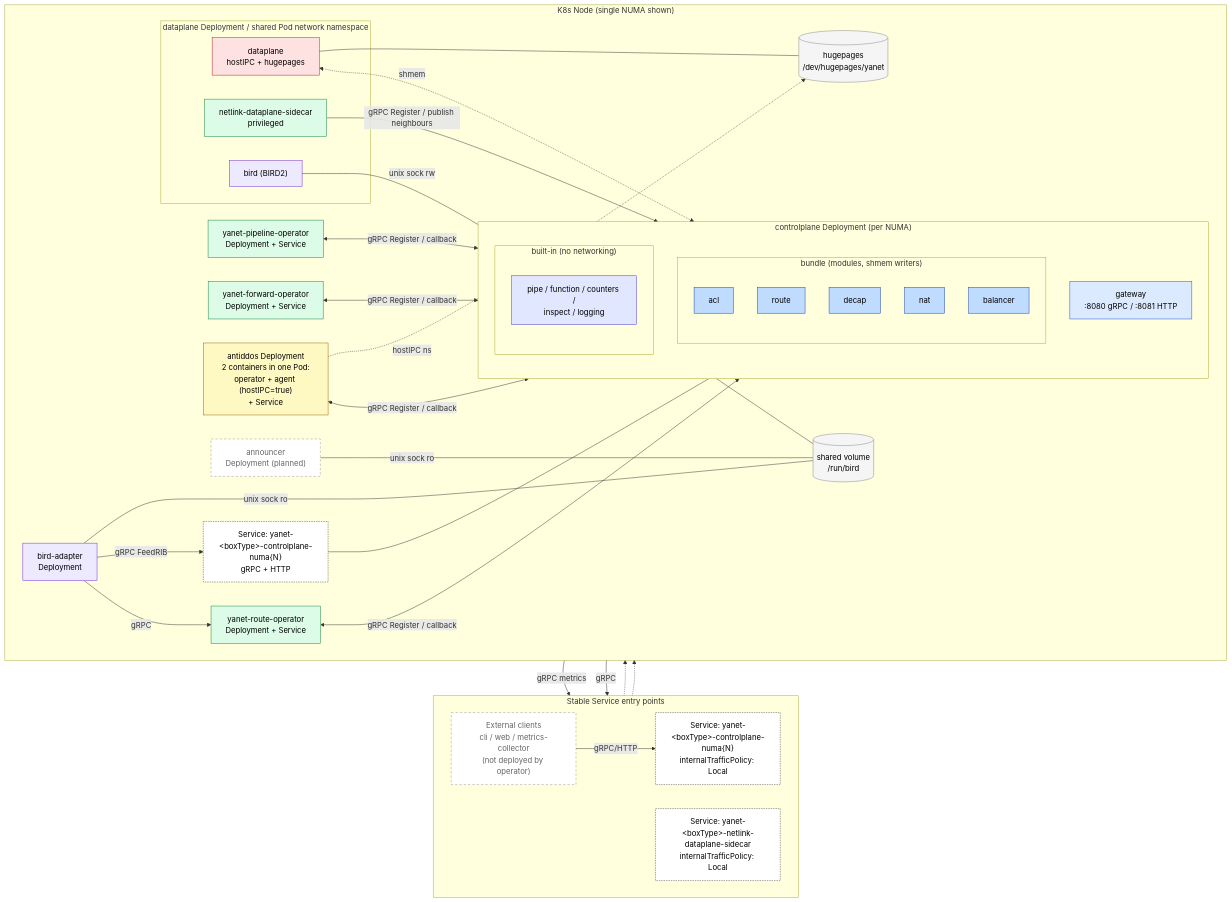
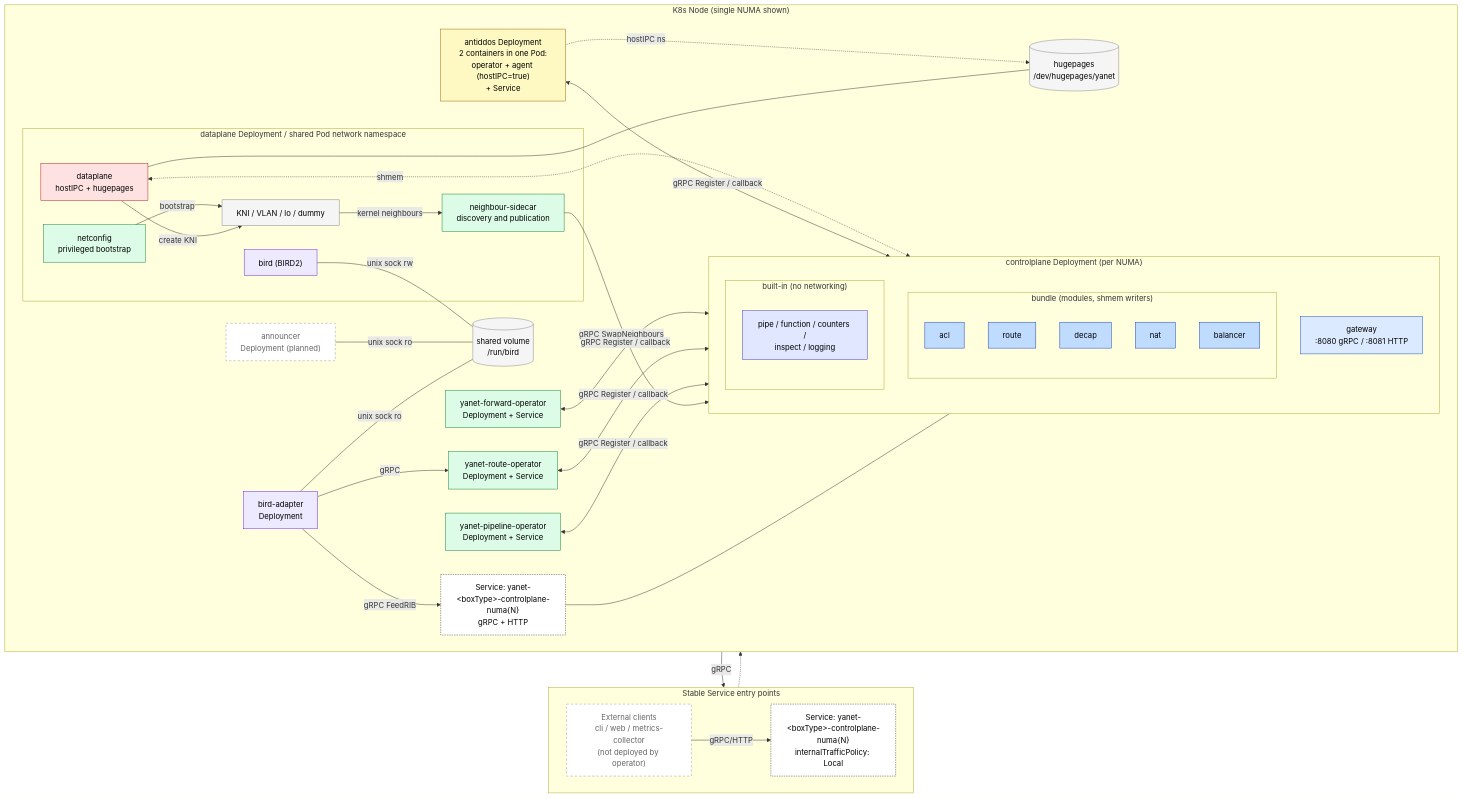
The diagram in YANET2_ARCH.md (yanet-platform/yanet-operator), drawn with Mermaid before and after one commit. The commit also changed other lines of this file and 25 other files, not shown here.

```diff
--- a/YANET2_ARCH.md
+++ b/YANET2_ARCH.md
@@ -150,7 +167,6 @@
         direction LR
         EXT["External clients<br/>cli / web / metrics-collector<br/>(not deployed by operator)"]:::plan
         SVCNUMA["Service: yanet-&lt;boxType&gt;-controlplane-numa{N}<br/>internalTrafficPolicy: Local"]:::svc
-        SVCNL["Service: yanet-&lt;boxType&gt;-netlink-dataplane-sidecar<br/>internalTrafficPolicy: Local"]:::svc
         EXT -->|gRPC/HTTP| SVCNUMA
     end
 
@@ -162,7 +178,9 @@
 
         subgraph DPPOD[" dataplane Deployment / shared Pod network namespace "]
             DP["dataplane<br/>hostIPC + hugepages"]:::dp
-            NL["netlink-dataplane-sidecar<br/>privileged"]:::op
+            NC["netconfig<br/>privileged bootstrap"]:::op
+            NS["neighbour-sidecar<br/>discovery and publication"]:::op
+            KNI["KNI / VLAN / lo / dummy"]:::host
             BIRD["bird (BIRD2)"]:::bird
         end
 
@@ -197,9 +215,10 @@
     %% dataplane <-> controlplane via shmem (host IPC)
     DP <-. shmem .-> BUNDLE
     DP --- HUGE
-    SVCNL -.-> NL
-    NL -->|gRPC Register / publish neighbours| GW
-    GW -->|gRPC metrics| SVCNL
+    DP -->|create KNI| KNI
+    NC -->|bootstrap| KNI
+    KNI -->|kernel neighbours| NS
+    NS -->|gRPC SwapNeighbours| GW
 
     %% Operators register with gateway and serve callbacks
     OP_PIPE  <-->|gRPC Register / callback| GW
```
